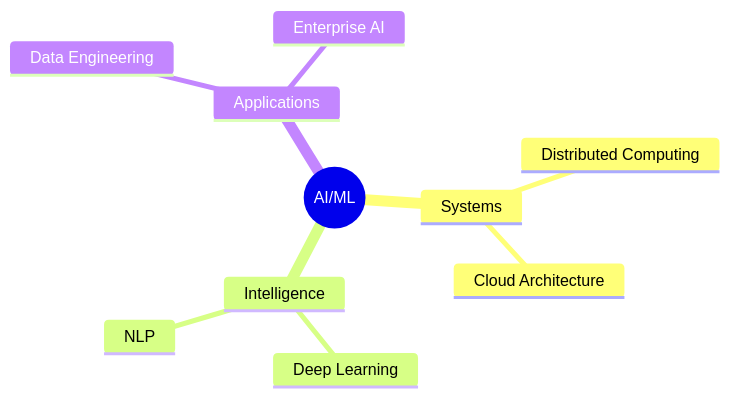
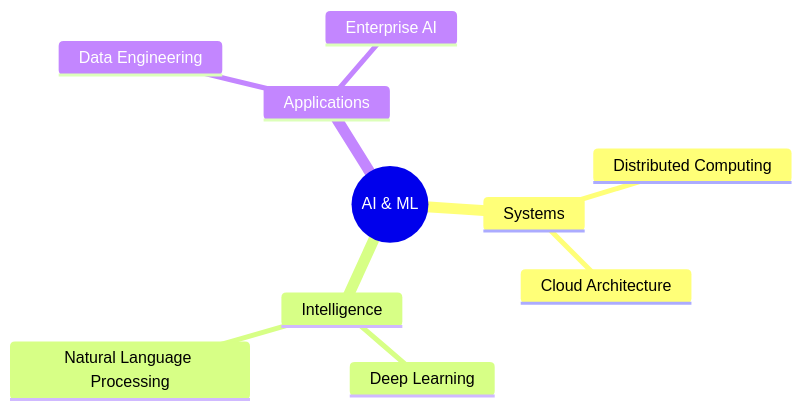
One commit to ansh-goel14/ansh-goel14 changed the diagram in README.md. Above: the diagram before and after it, drawn with Mermaid. The commit also changed other lines of this file, not shown here.

````diff
--- a/README.md
+++ b/README.md
@@ -77,13 +79,13 @@
 ```mermaid
 mindmap
-  root((AI/ML))
+  root((AI & ML))
     Systems
       Distributed Computing
       Cloud Architecture
     Intelligence
       Deep Learning
-      NLP
+      Natural Language Processing
     Applications
       Data Engineering
       Enterprise AI
 ```
````
